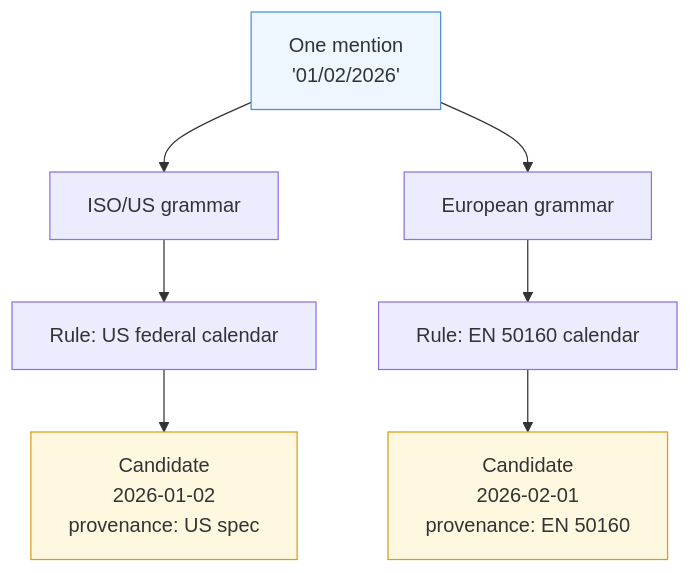
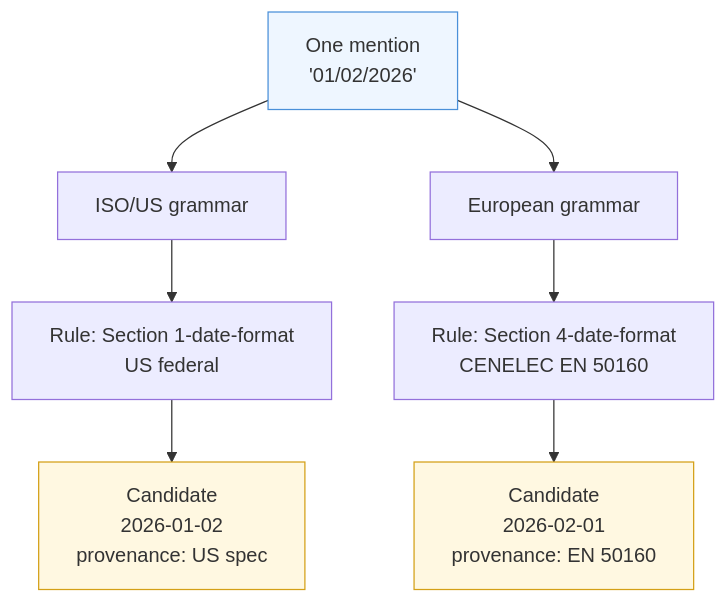
Before and after one commit to azaharizaman/paxman-python: the first of 2 diagrams in docs/user/concepts/candidates-and-ambiguity.md, drawn with Mermaid. The commit also changed other lines of this file and 11 other files, not shown here.

````diff
--- a/docs/user/concepts/candidates-and-ambiguity.md
+++ b/docs/user/concepts/candidates-and-ambiguity.md
@@ -21,13 +21,13 @@
 ```mermaid
 flowchart TB
     M[One mention<br>'01/02/2026'] --> G1[ISO/US grammar]
     M --> G2[European grammar]
-    G1 --> R1[Rule: US federal calendar]
-    G2 --> R2[Rule: EN 50160 calendar]
+    G1 --> R1[Rule: Section 1-date-format<br>US federal]
+    G2 --> R2[Rule: Section 4-date-format<br>CENELEC EN 50160]
     R1 --> C1[Candidate<br>2026-01-02<br>provenance: US spec]
     R2 --> C2[Candidate<br>2026-02-01<br>provenance: EN 50160]
 
     style M fill:#eef6ff,stroke:#4a90d9
     style C1 fill:#fff8e1,stroke:#d4a017
     style C2 fill:#fff8e1,stroke:#d4a017
 ```
````
